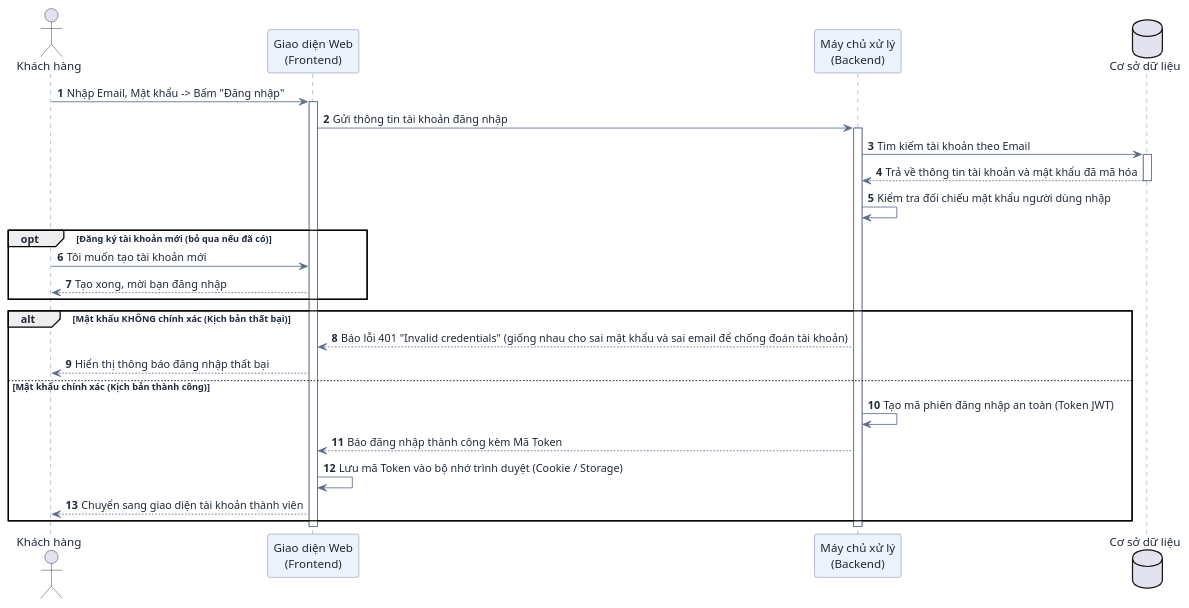
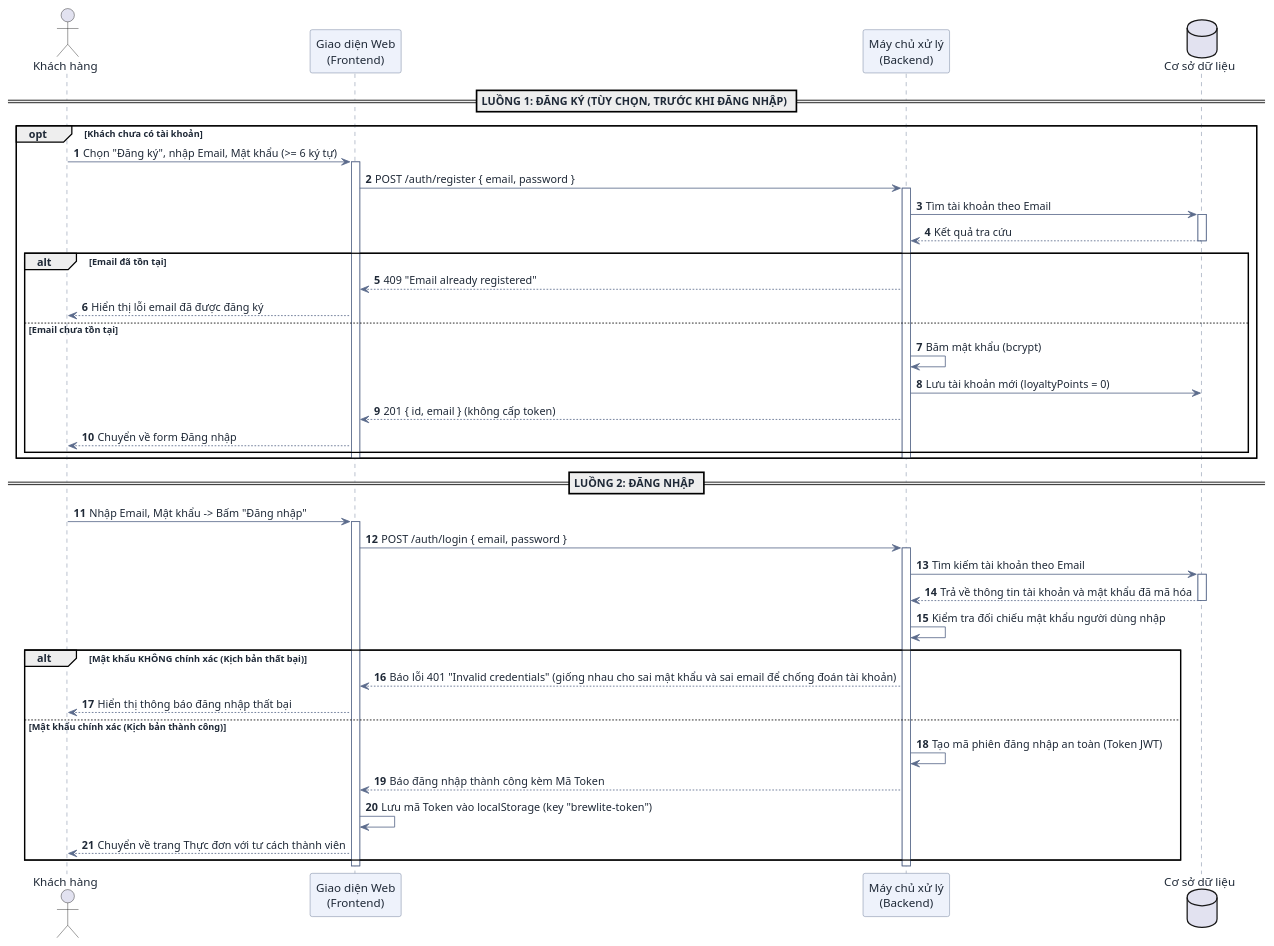
Before and after one commit to DuVinhLoi/BrewLite: the third of 6 diagrams in docs/user-sequence-specifications.md, drawn with PlantUML. The commit also changed other lines of this file and 2 other files, not shown here.

First line of the commit message:
docs: sync use case + sequence specs and status report with code

````diff
--- a/docs/user-sequence-specifications.md
+++ b/docs/user-sequence-specifications.md
@@ -185,44 +189,63 @@
 ```plantuml
 @startuml
 skinparam DefaultFontColor #1f2937
 skinparam ArrowColor #5b6b8c
 skinparam SequenceParticipantBackgroundColor #eef2fb
 skinparam SequenceParticipantBorderColor #5b6b8c
 skinparam SequenceLifeLineBorderColor #5b6b8c
 
 autonumber
 actor "Khách hàng" as User
 participant "Giao diện Web\n(Frontend)" as FE
 participant "Máy chủ xử lý\n(Backend)" as BE
 database "Cơ sở dữ liệu" as DB
 
+== LUỒNG 1: ĐĂNG KÝ (TÙY CHỌN, TRƯỚC KHI ĐĂNG NHẬP) ==
+opt Khách chưa có tài khoản
+    User -> FE : Chọn "Đăng ký", nhập Email, Mật khẩu (>= 6 ký tự)
+    activate FE
+    FE -> BE : POST /auth/register { email, password }
+    activate BE
+    BE -> DB : Tìm tài khoản theo Email
+    activate DB
+    DB --> BE : Kết quả tra cứu
+    deactivate DB
+    alt Email đã tồn tại
+        BE --> FE : 409 "Email already registered"
+        FE --> User : Hiển thị lỗi email đã được đăng ký
+    else Email chưa tồn tại
+        BE -> BE : Băm mật khẩu (bcrypt)
+        BE -> DB : Lưu tài khoản mới (loyaltyPoints = 0)
+        BE --> FE : 201 { id, email } (không cấp token)
+        FE --> User : Chuyển về form Đăng nhập
+    end
+    deactivate BE
+    deactivate FE
+end
+
+== LUỒNG 2: ĐĂNG NHẬP ==
 User -> FE : Nhập Email, Mật khẩu -> Bấm "Đăng nhập"
 activate FE
-FE -> BE : Gửi thông tin tài khoản đăng nhập
+FE -> BE : POST /auth/login { email, password }
 activate BE
 
 BE -> DB : Tìm kiếm tài khoản theo Email
 activate DB
 DB --> BE : Trả về thông tin tài khoản và mật khẩu đã mã hóa
 deactivate DB
 
 BE -> BE : Kiểm tra đối chiếu mật khẩu người dùng nhập
 
-opt Đăng ký tài khoản mới (bỏ qua nếu đã có)
-    User -> FE : Tôi muốn tạo tài khoản mới
-    FE --> User : Tạo xong, mời bạn đăng nhập
-end
-
 alt Mật khẩu KHÔNG chính xác (Kịch bản thất bại)
     BE --> FE : Báo lỗi 401 "Invalid credentials" (giống nhau cho sai mật khẩu và sai email để chống đoán tài khoản)
     FE --> User : Hiển thị thông báo đăng nhập thất bại
 else Mật khẩu chính xác (Kịch bản thành công)
     BE -> BE : Tạo mã phiên đăng nhập an toàn (Token JWT)
     BE --> FE : Báo đăng nhập thành công kèm Mã Token
-    FE -> FE : Lưu mã Token vào bộ nhớ trình duyệt (Cookie / Storage)
-    FE --> User : Chuyển sang giao diện tài khoản thành viên
+    FE -> FE : Lưu mã Token vào localStorage (key "brewlite-token")
+    FE --> User : Chuyển về trang Thực đơn với tư cách thành viên
 end
 deactivate BE
 deactivate FE
 @enduml
 ```
````
